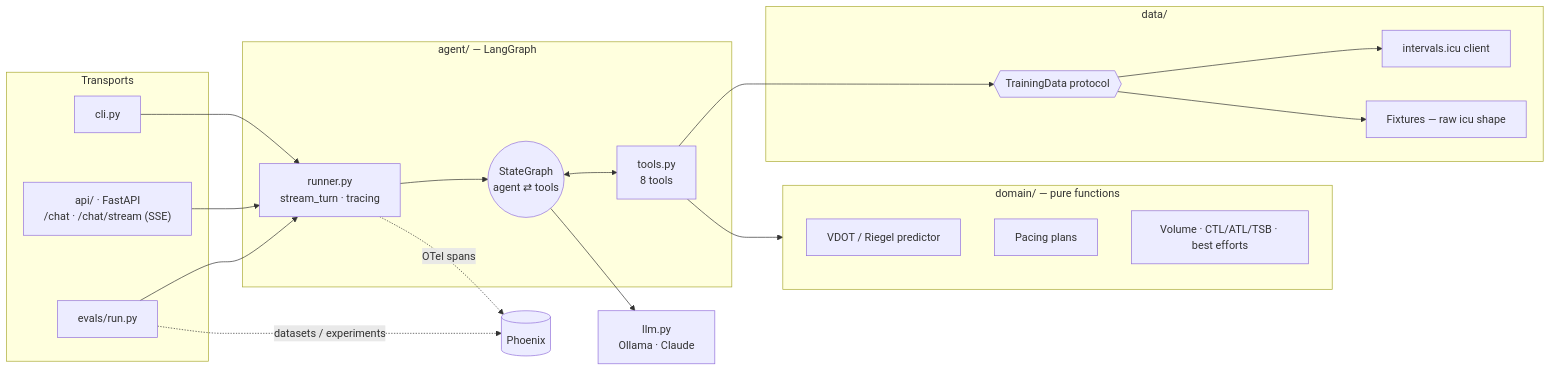
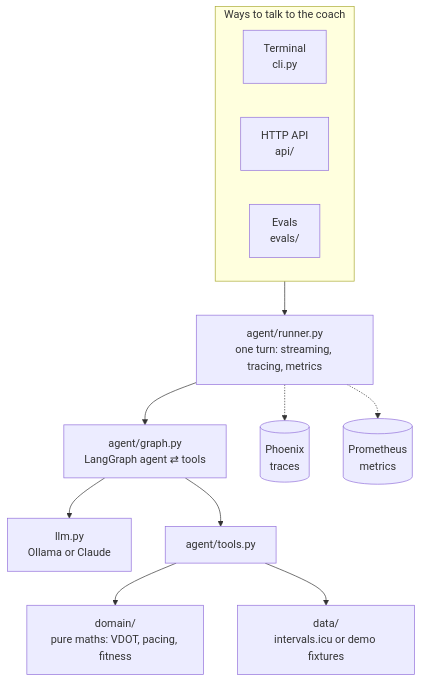
The second of 2 diagrams in README.md (jeremiebardon/running-coach), drawn with Mermaid before and after one commit. The commit also changed other lines of this file and 1 other file, not shown here.

````diff
--- a/README.md
+++ b/README.md
@@ -77,38 +148,18 @@
 ```mermaid
-flowchart LR
-  subgraph Transports
-    CLI[cli.py]
-    API["api/ · FastAPI<br/>/chat · /chat/stream (SSE)"]
-    EVAL[evals/run.py]
+flowchart TB
+  subgraph Entry["Ways to talk to the coach"]
+    CLI["Terminal<br/>cli.py"]
+    API["HTTP API<br/>api/"]
+    EV["Evals<br/>evals/"]
   end
 
-  subgraph Agent["agent/ — LangGraph"]
-    RUN["runner.py<br/>stream_turn · tracing"]
-    G(("StateGraph<br/>agent ⇄ tools"))
-    T["tools.py<br/>8 tools"]
-  end
+  Entry --> RUN["agent/runner.py<br/>one turn: streaming, tracing, metrics"]
+  RUN --> G["agent/graph.py<br/>LangGraph agent ⇄ tools"]
+  G --> LLM["llm.py<br/>Ollama or Claude"]
+  G --> TOOLS["agent/tools.py"]
+  TOOLS --> DOM["domain/<br/>pure maths: VDOT, pacing, fitness"]
+  TOOLS --> DATA["data/<br/>intervals.icu or demo fixtures"]
 
-  subgraph Domain["domain/ — pure functions"]
-    P[VDOT / Riegel predictor]
-    PL[Pacing plans]
-    TR[Volume · CTL/ATL/TSB · best efforts]
-  end
-
-  subgraph Data["data/"]
-    TD{{TrainingData protocol}}
-    ICU[intervals.icu client]
-    FIX[Fixtures — raw icu shape]
-  end
-
-  LLM["llm.py<br/>Ollama · Claude"]
-
-  CLI & API & EVAL --> RUN --> G
-  G <--> T
-  G --> LLM
-  T --> Domain
-  T --> TD
-  TD --> ICU
-  TD --> FIX
-  RUN -. OTel spans .-> PHX[(Phoenix)]
-  EVAL -. datasets / experiments .-> PHX
+  RUN -.-> PHX[("Phoenix<br/>traces")]
+  RUN -.-> PROM[("Prometheus<br/>metrics")]
 ```
````
